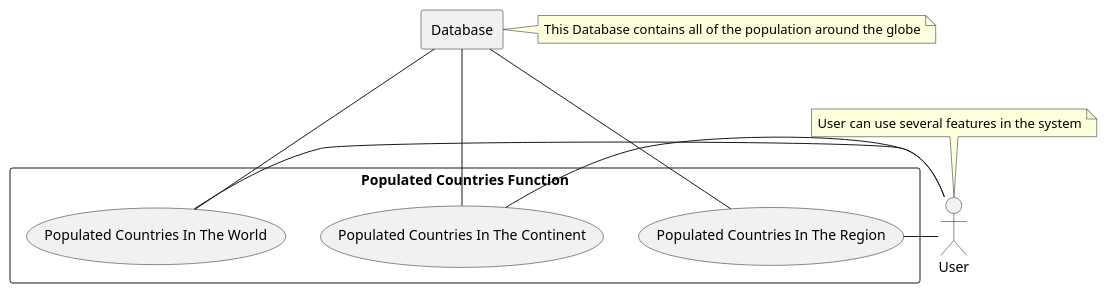
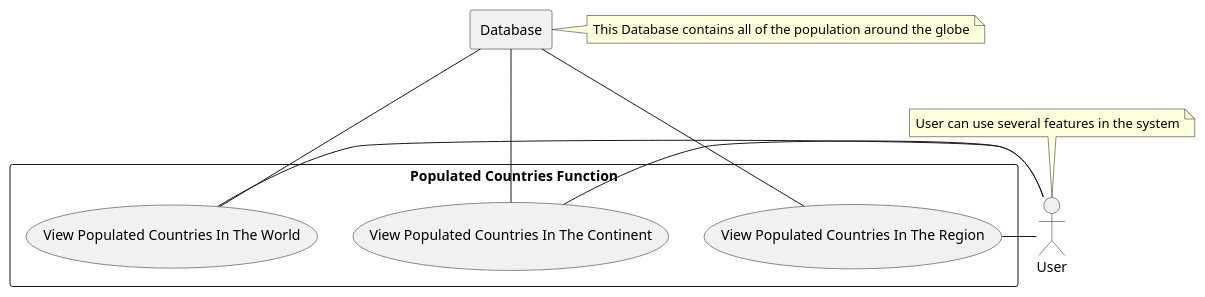
Before and after one commit to 40437404/DevOps_SET09623: the diagram in use-cases/PopulatedCountriesFunction.puml, drawn with PlantUML. The commit also changed 9 other files, not shown here.

Commit message:
UseCase Diagrams Updated

```diff
--- a/use-cases/PopulatedCountriesFunction.puml
+++ b/use-cases/PopulatedCountriesFunction.puml
@@ -1,17 +1,17 @@
 @startuml
            actor user as "User"
                note top of user: User can use several features in the system
                rectangle db as "Database"
                note right of db: This Database contains all of the population around the globe
            rectangle "Populated Countries Function"{
-               usecase PCWORLD as "Populated Countries In The World"
-               usecase PCCONTINENT as "Populated Countries In The Continent"
-               usecase PCREGION as "Populated Countries In The Region"
+               usecase PCWORLD as "View Populated Countries In The World"
+               usecase PCCONTINENT as "View Populated Countries In The Continent"
+               usecase PCREGION as "View Populated Countries In The Region"
                user - PCWORLD
                user - PCCONTINENT
                user - PCREGION
                db --- PCWORLD
                db --- PCCONTINENT
                db --- PCREGION
            }
 @enduml
```
